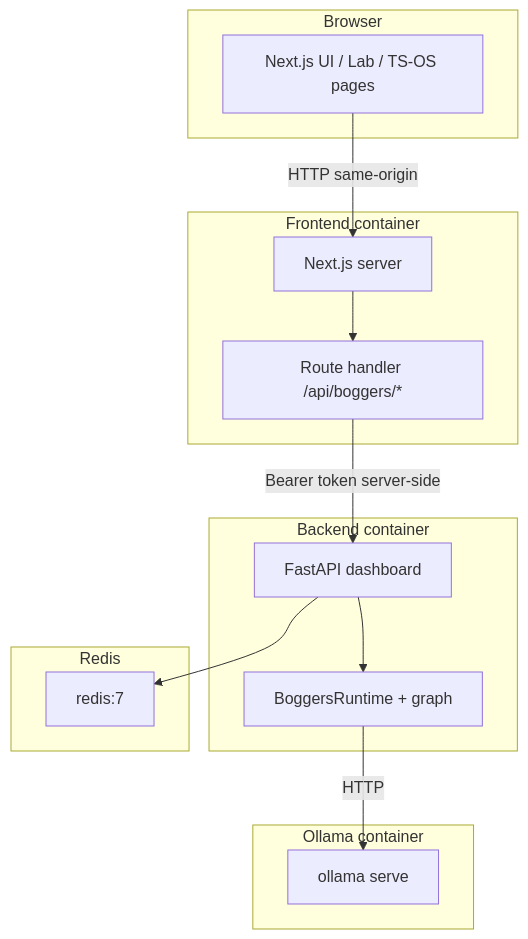
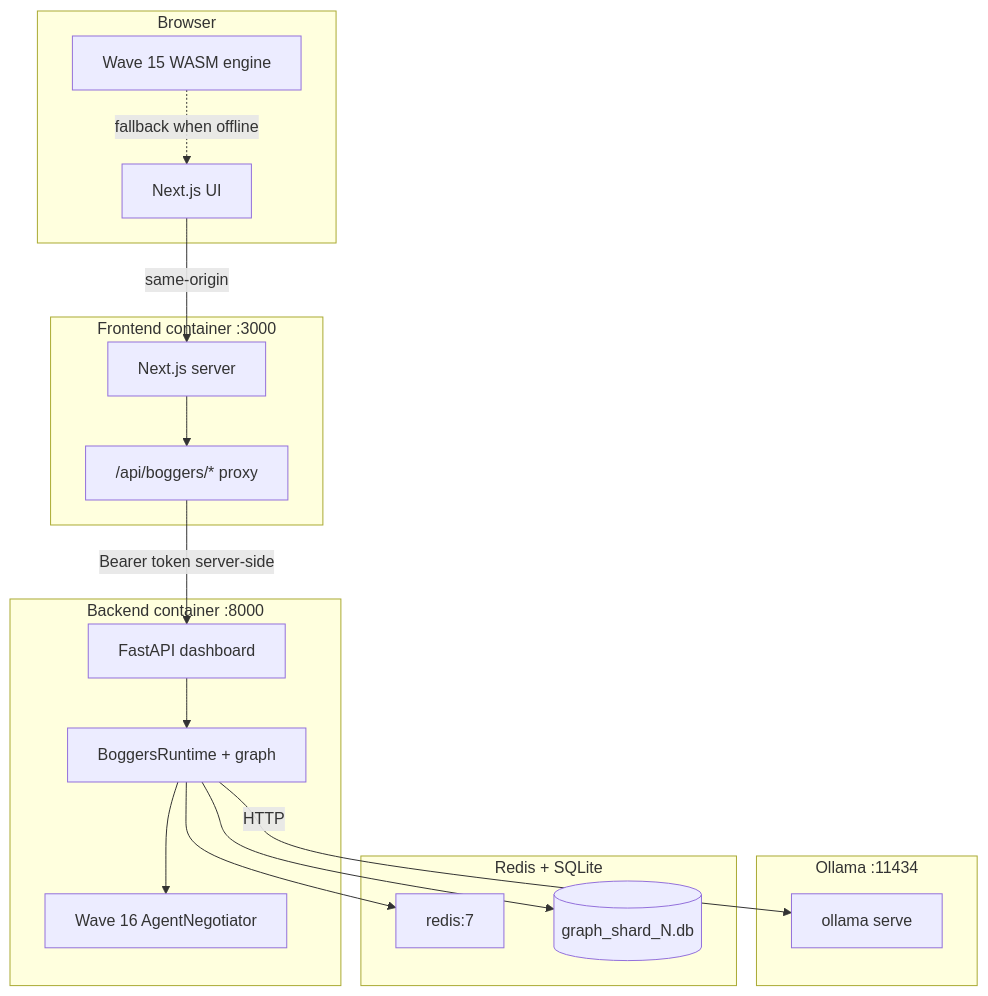
Before and after one commit to BoggersTheFish/BoggersTheAI-Dev: the diagram in README.md, drawn with Mermaid. The commit also changed other lines of this file and 24 other files, not shown here.

````diff
--- a/README.md
+++ b/README.md
@@ -55,31 +41,37 @@
 ```mermaid
 flowchart TB
   subgraph browser [Browser]
-    UI[Next.js UI / Lab / TS-OS pages]
+    UI[Next.js UI]
+    WASM[Wave 15 WASM engine]
   end
 
-  subgraph next [Frontend container]
+  subgraph next [Frontend container :3000]
     NR[Next.js server]
-    PH["Route handler /api/boggers/*"]
+    PH["/api/boggers/* proxy"]
   end
 
-  subgraph py [Backend container]
+  subgraph py [Backend container :8000]
     API[FastAPI dashboard]
     RT[BoggersRuntime + graph]
+    NEG[Wave 16 AgentNegotiator]
   end
 
-  subgraph llm [Ollama container]
+  subgraph llm [Ollama :11434]
     OL[ollama serve]
   end
 
-  subgraph cache [Redis]
+  subgraph data [Redis + SQLite]
     RD[redis:7]
+    DB[(graph_shard_N.db)]
   end
 
-  UI -->|HTTP same-origin| NR
+  UI -->|same-origin| NR
   NR --> PH
-  PH -->|"Bearer token server-side"| API
+  PH -->|Bearer token server-side| API
   API --> RT
-  API --> RD
+  RT --> NEG
+  RT --> RD
+  RT --> DB
   RT -->|HTTP| OL
+  WASM -.->|fallback when offline| UI
 ```
````
